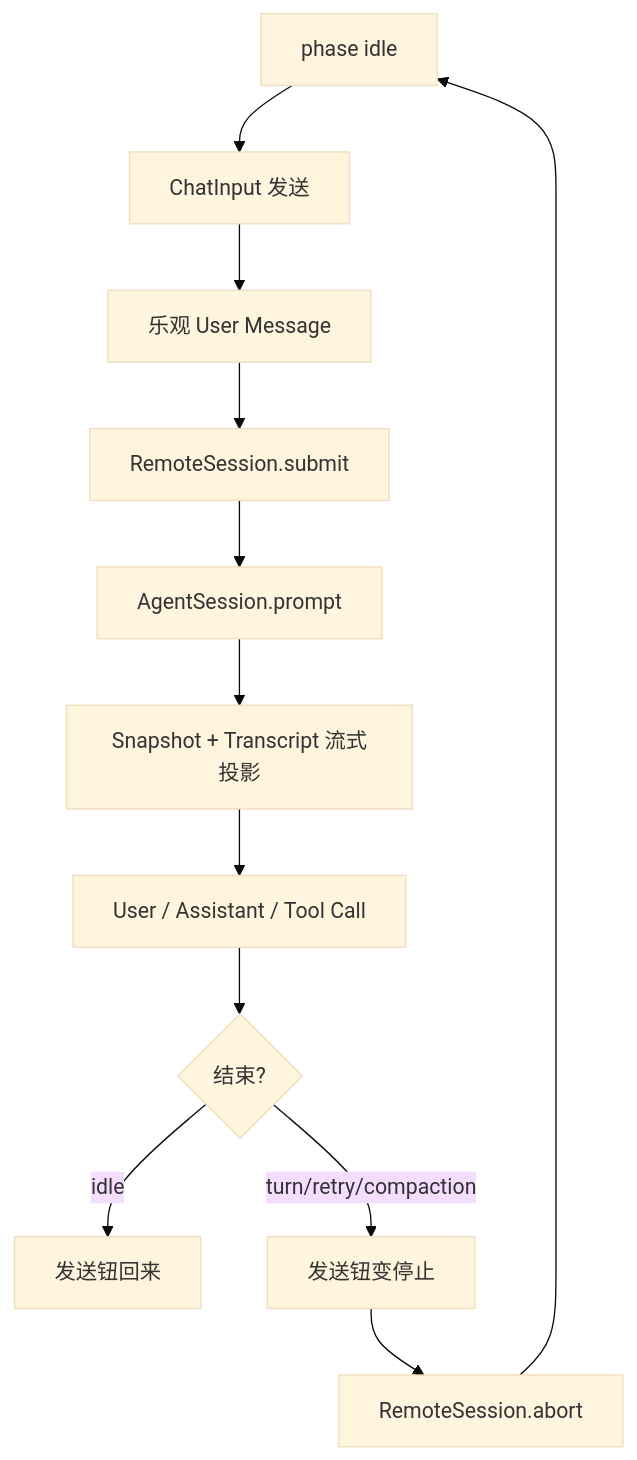
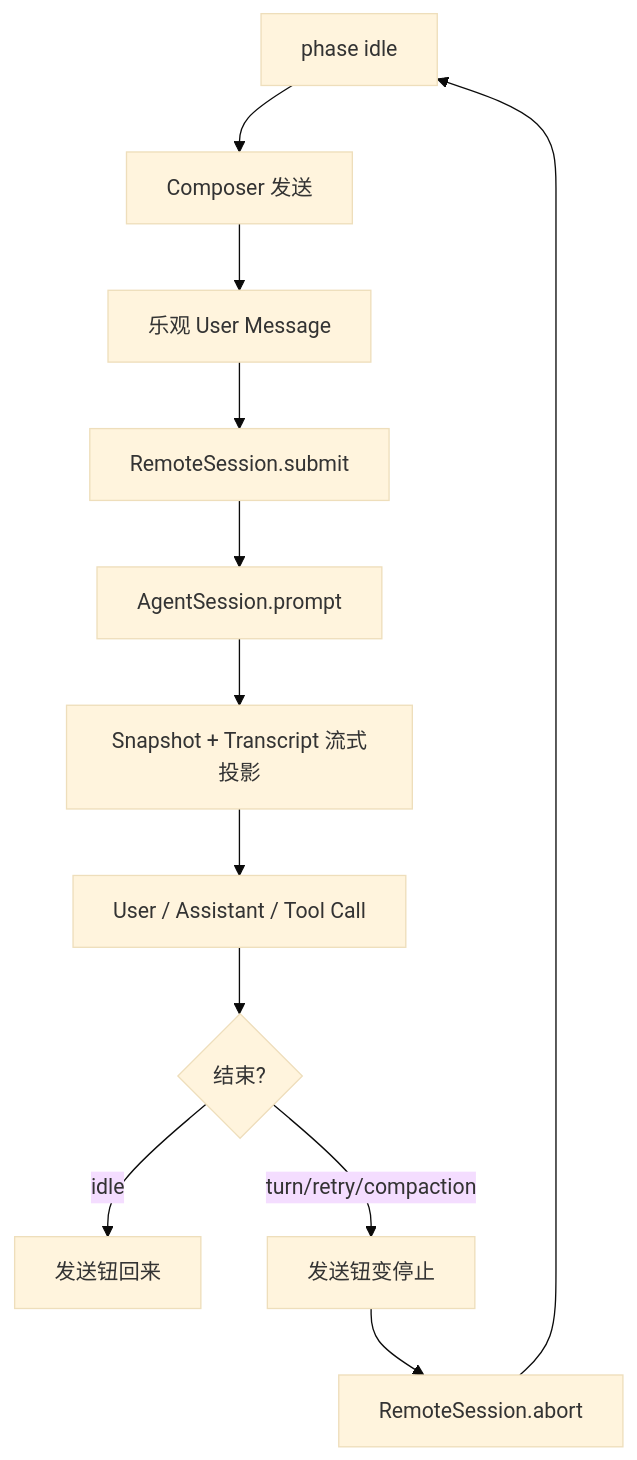
The sixth of 8 diagrams in JOURNEYS.md (minuque/pig), drawn with Mermaid (base theme) before and after one commit. The commit also changed other lines of this file and 28 other files, not shown here.

Commit message:
refactor(web): chat-input 全面更名为 composer

````diff
--- a/JOURNEYS.md
+++ b/JOURNEYS.md
@@ -97,14 +97,14 @@
 ```mermaid
 flowchart TB
-  Idle["phase idle"] --> Send["ChatInput 发送"]
+  Idle["phase idle"] --> Send["Composer 发送"]
   Send --> Opt["乐观 User Message"]
   Opt --> Submit["RemoteSession.submit"]
   Submit --> Agent["AgentSession.prompt"]
   Agent --> Prog["Snapshot + Transcript 流式投影"]
   Prog --> Rows["User / Assistant / Tool Call"]
   Rows --> End{"结束?"}
   End -->|idle| Ready["发送钮回来"]
   End -->|turn/retry/compaction| AbortBtn["发送钮变停止"]
   AbortBtn --> Abort["RemoteSession.abort"]
   Abort --> Idle
 ```
````
